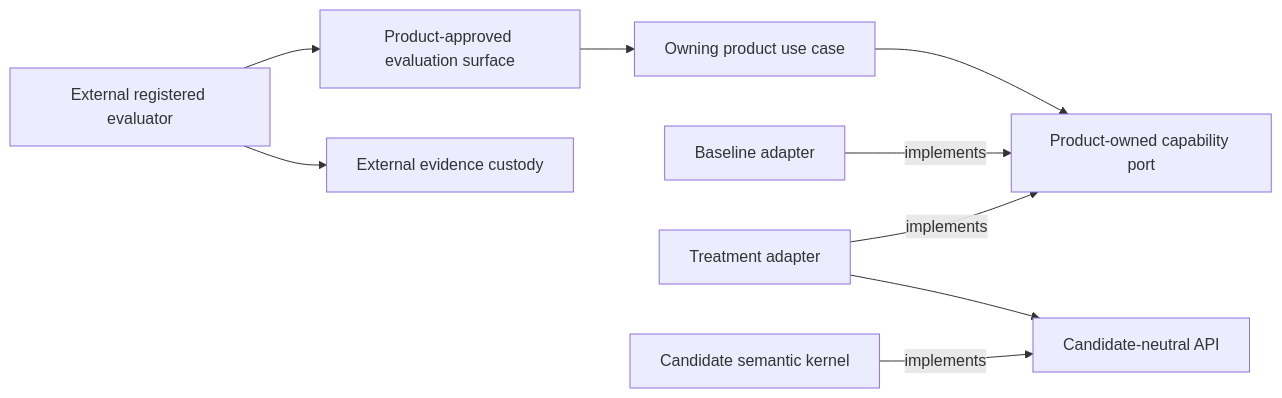
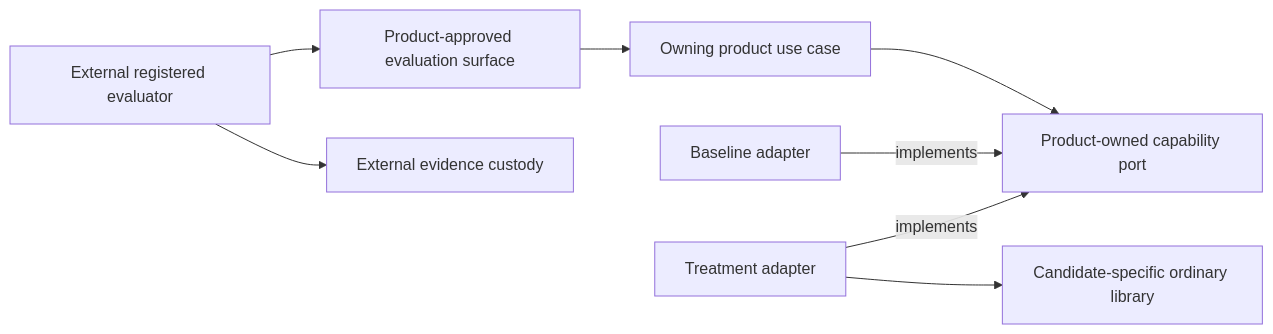
One commit to agent-teams-ai/extension-foundation changed the first of 2 diagrams in docs/architecture/module-system-dogfooding.md. Above: the diagram before and after it, drawn with Mermaid. The commit also changed other lines of this file, not shown here.

Commit message:
docs(architecture): close dogfooding review gaps

````diff
--- a/docs/architecture/module-system-dogfooding.md
+++ b/docs/architecture/module-system-dogfooding.md
@@ -70,12 +71,11 @@
 ```mermaid
 flowchart LR
     Product["Owning product use case"] --> Port["Product-owned capability port"]
     Baseline["Baseline adapter"] -- "implements" --> Port
     Treatment["Treatment adapter"] -- "implements" --> Port
-    Treatment --> CandidateAPI["Candidate-neutral API"]
-    Candidate["Candidate semantic kernel"] -- "implements" --> CandidateAPI
+    Treatment --> Candidate["Candidate-specific ordinary library"]
 
     Evaluation["External registered evaluator"] --> Surface["Product-approved evaluation surface"]
     Surface --> Product
     Evaluation --> Receipt["External evidence custody"]
 ```
````
